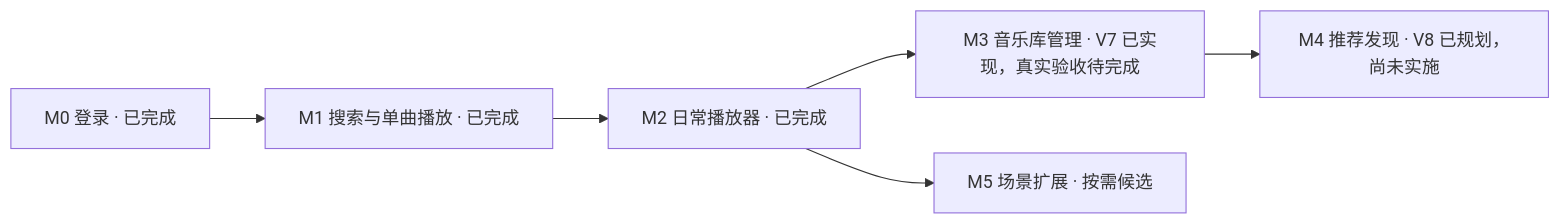
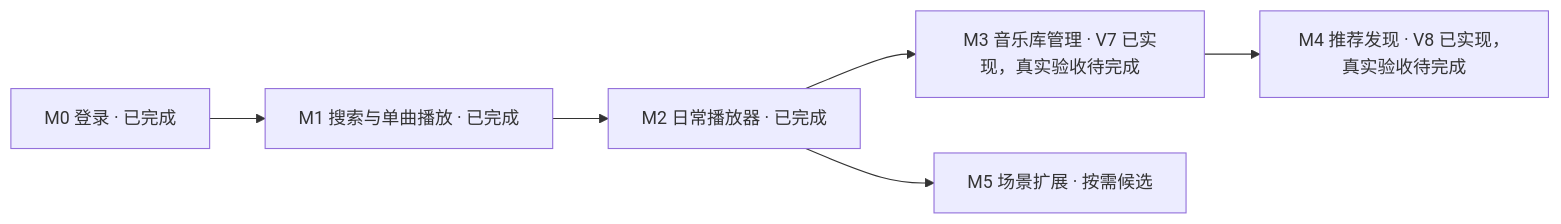
The diagram in docs/roadmap/netease-capability-roadmap.md (crownclowngx/myavalonia-music-netease), drawn with Mermaid before and after one commit. The commit also changed other lines of this file and 22 other files, not shown here.

````diff
--- a/docs/roadmap/netease-capability-roadmap.md
+++ b/docs/roadmap/netease-capability-roadmap.md
@@ -28,8 +28,8 @@
 ```mermaid
 flowchart LR
     M0["M0 登录 · 已完成"] --> M1["M1 搜索与单曲播放 · 已完成"]
     M1 --> M2["M2 日常播放器 · 已完成"]
     M2 --> M3["M3 音乐库管理 · V7 已实现，真实验收待完成"]
-    M3 --> M4["M4 推荐发现 · V8 已规划，尚未实施"]
+    M3 --> M4["M4 推荐发现 · V8 已实现，真实验收待完成"]
     M2 --> M5["M5 场景扩展 · 按需候选"]
 ```
````
